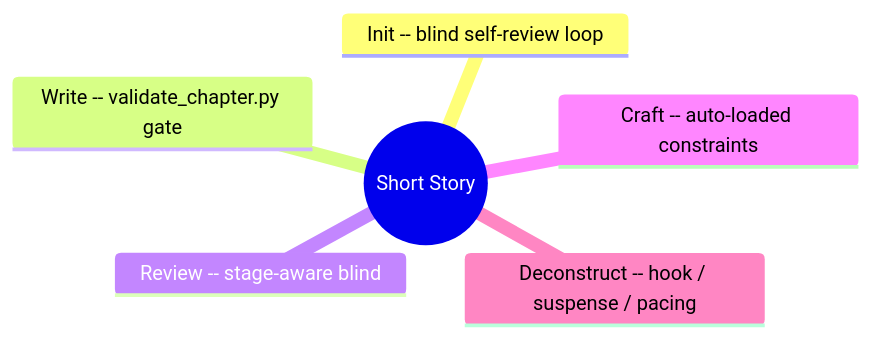
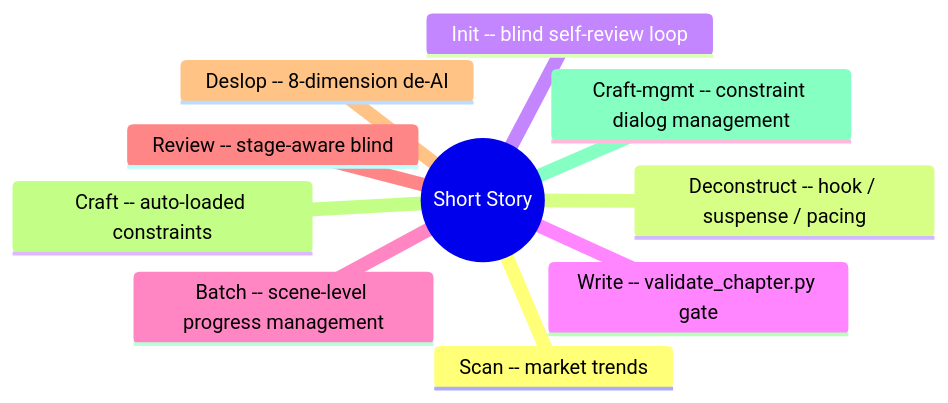
One commit to ricky-theseus/DaisyWriter changed the third of 5 diagrams in README.md. Above: the diagram before and after it, drawn with Mermaid. The commit also changed other lines of this file and 10 other files, not shown here.

Commit message:
同步：新增 4 个短篇技能（batch/deslop/scan/craft-mgmt），README 改为中文默认语言

````diff
--- a/README.md
+++ b/README.md
@@ -165,9 +171,13 @@
 ```mermaid
 mindmap
   ((Short Story))
+    Scan -- market trends
+    Deconstruct -- hook / suspense / pacing
     Init -- blind self-review loop
     Write -- validate_chapter.py gate
+    Batch -- scene-level progress management
     Review -- stage-aware blind
+    Deslop -- 8-dimension de-AI
     Craft -- auto-loaded constraints
-    Deconstruct -- hook / suspense / pacing
+    Craft-mgmt -- constraint dialog management
 ```
````
